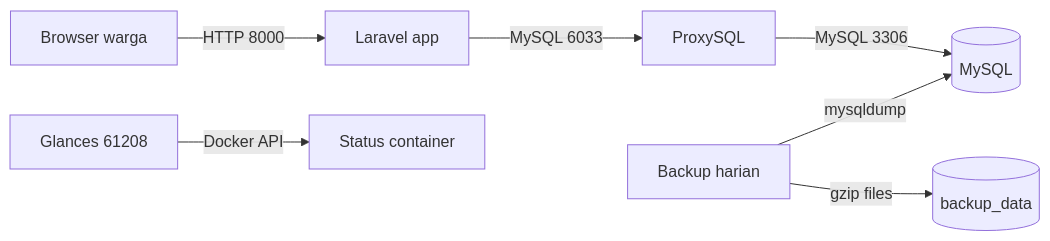
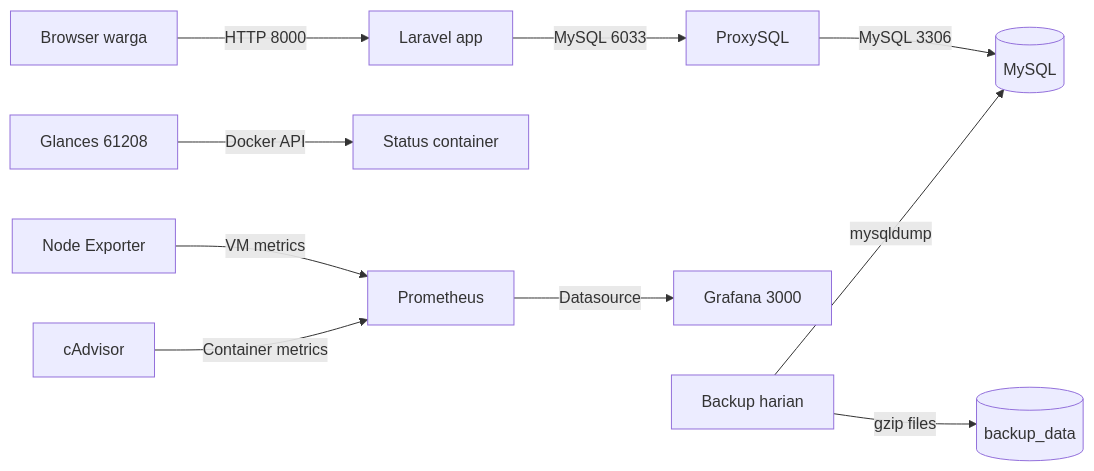
One commit to Pirki4444/web-desa changed the diagram in CLOUD_DEPLOYMENT.md. Above: the diagram before and after it, drawn with Mermaid. The commit also changed other lines of this file and 7 other files, not shown here.

Commit message:
Tambahkan monitoring Grafana dan Prometheus

````diff
--- a/CLOUD_DEPLOYMENT.md
+++ b/CLOUD_DEPLOYMENT.md
@@ -5,9 +5,12 @@
 ```mermaid
 flowchart LR
     warga[Browser warga] -->|HTTP 8000| app[Laravel app]
     app -->|MySQL 6033| proxy[ProxySQL]
     proxy -->|MySQL 3306| db[(MySQL)]
     monitor[Glances 61208] -->|Docker API| containers[Status container]
+    node[Node Exporter] -->|VM metrics| prom[Prometheus]
+    cadvisor[cAdvisor] -->|Container metrics| prom
+    prom -->|Datasource| grafana[Grafana 3000]
     backup[Backup harian] -->|mysqldump| db
     backup -->|gzip files| volume[(backup_data)]
 ```
````
